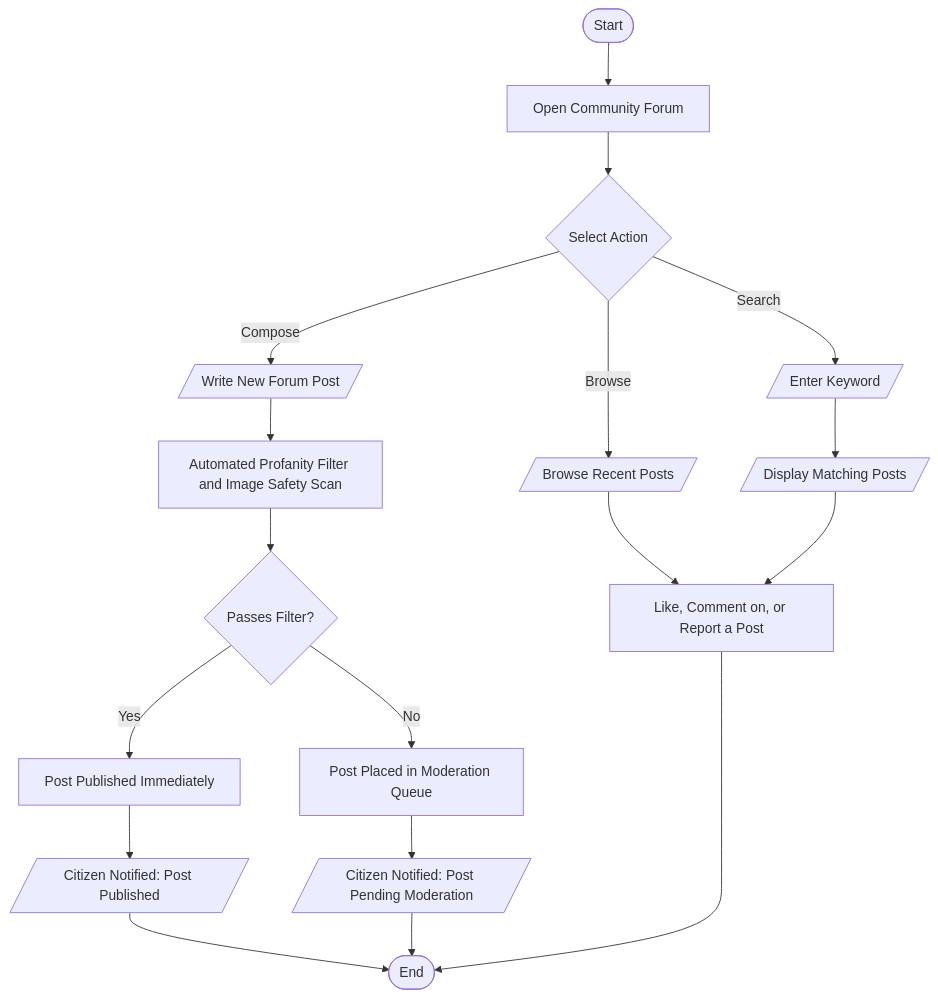
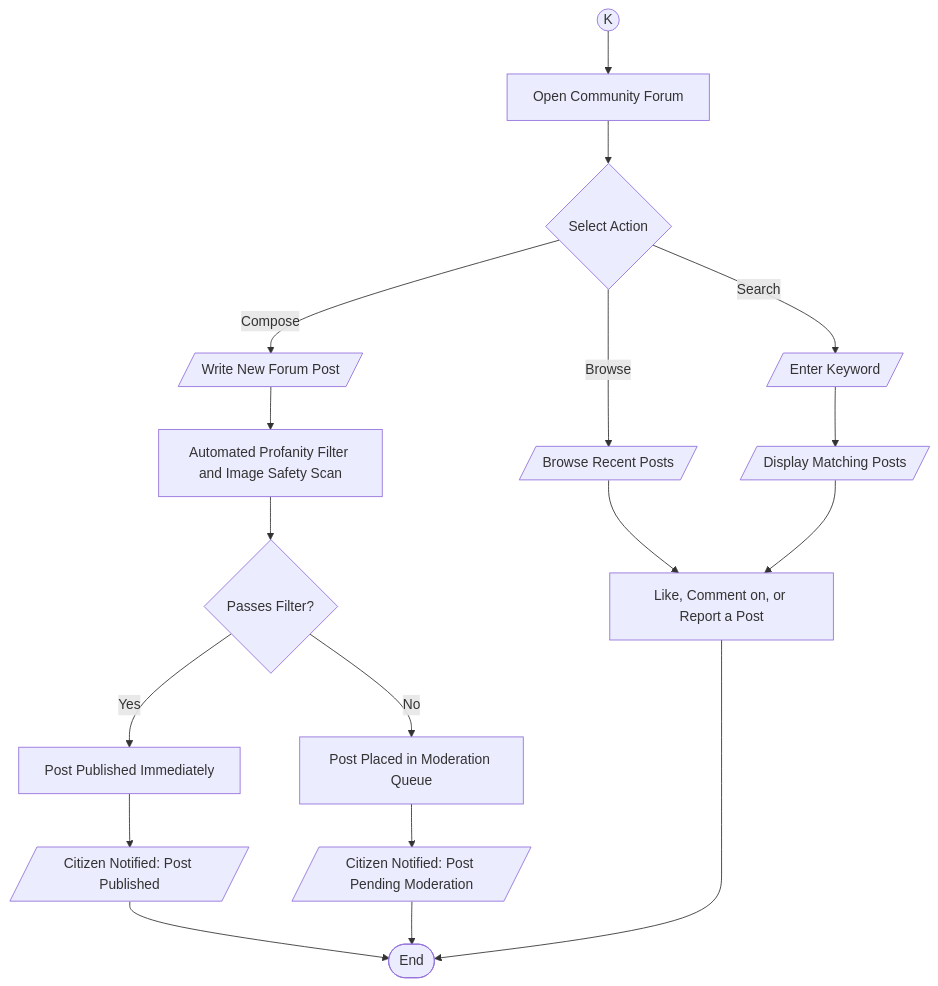
Before and after one commit to Jechrispotato/Refractor: diagram 26 of 33 in Manuscript/diagrams.md, drawn with Mermaid. The commit also changed other lines of this file and 13 other files, not shown here.

````diff
--- a/Manuscript/diagrams.md
+++ b/Manuscript/diagrams.md
@@ -523,20 +529,20 @@
 ```mermaid
 flowchart TD
-    Start([Start]) --> Open[Open Community Forum]
+    Start((K)) --> Open[Open Community Forum]
     Open --> Action{Select Action}
     Action -->|Browse| Browse[/Browse Recent Posts/]
     Action -->|Search| Search[/Enter Keyword/]
     Action -->|Compose| Compose[/Write New Forum Post/]
     Browse --> Interact[Like, Comment on, or Report a Post]
     Search --> Results[/Display Matching Posts/]
     Results --> Interact
     Compose --> Filter[Automated Profanity Filter and Image Safety Scan]
     Filter --> Pass{Passes Filter?}
     Pass -->|Yes| Published[Post Published Immediately]
     Pass -->|No| Await[Post Placed in Moderation Queue]
     Published --> Notify1[/Citizen Notified: Post Published/]
     Await --> Notify2[/Citizen Notified: Post Pending Moderation/]
     Notify1 --> End([End])
     Notify2 --> End
     Interact --> End
 ```
````
